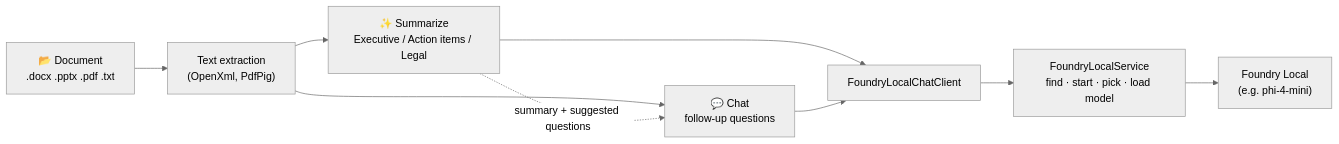
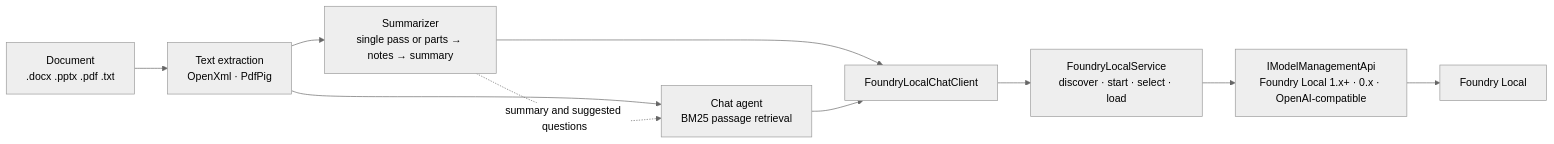
Before and after one commit to sagarworlds/foundry-local-summarize: the diagram in README.md, drawn with Mermaid (neutral theme). The commit also changed other lines of this file and 8 other files, not shown here.

````diff
--- a/README.md
+++ b/README.md
@@ -79,11 +163,12 @@
 ```mermaid
 graph LR
-    File["📂 Document<br/>.docx .pptx .pdf .txt"] --> Extract["Text extraction<br/>(OpenXml, PdfPig)"]
-    Extract --> Summarize["✨ Summarize<br/>Executive / Action items / Legal"]
-    Extract --> Chat["💬 Chat<br/>follow-up questions"]
-    Summarize -. summary + suggested questions .-> Chat
+    File["Document<br/>.docx .pptx .pdf .txt"] --> Extract["Text extraction<br/>OpenXml · PdfPig"]
+    Extract --> Summarize["Summarizer<br/>single pass or parts → notes → summary"]
+    Extract --> Chat["Chat agent<br/>BM25 passage retrieval"]
+    Summarize -. summary and suggested questions .-> Chat
     Summarize --> Client["FoundryLocalChatClient"]
     Chat --> Client
-    Client --> Service["FoundryLocalService<br/>find · start · pick · load model"]
-    Service --> Foundry["Foundry Local<br/>(e.g. phi-4-mini)"]
+    Client --> Service["FoundryLocalService<br/>discover · start · select · load"]
+    Service --> Api["IModelManagementApi<br/>Foundry Local 1.x+ · 0.x · OpenAI-compatible"]
+    Api --> Host["Foundry Local"]
 ```
````
